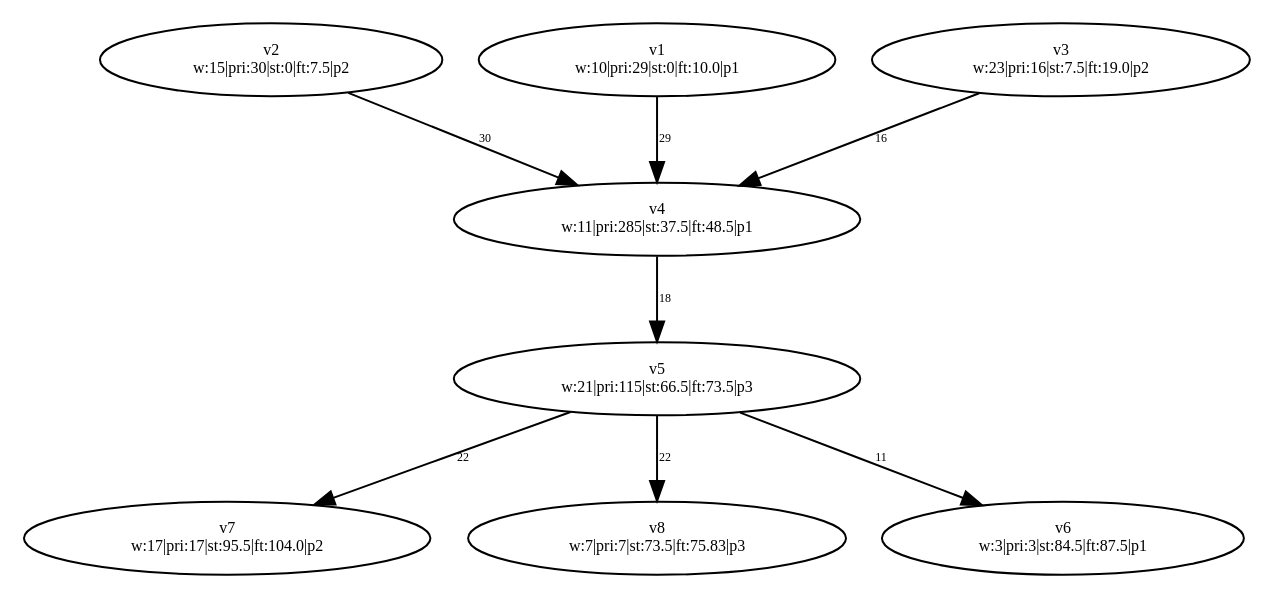
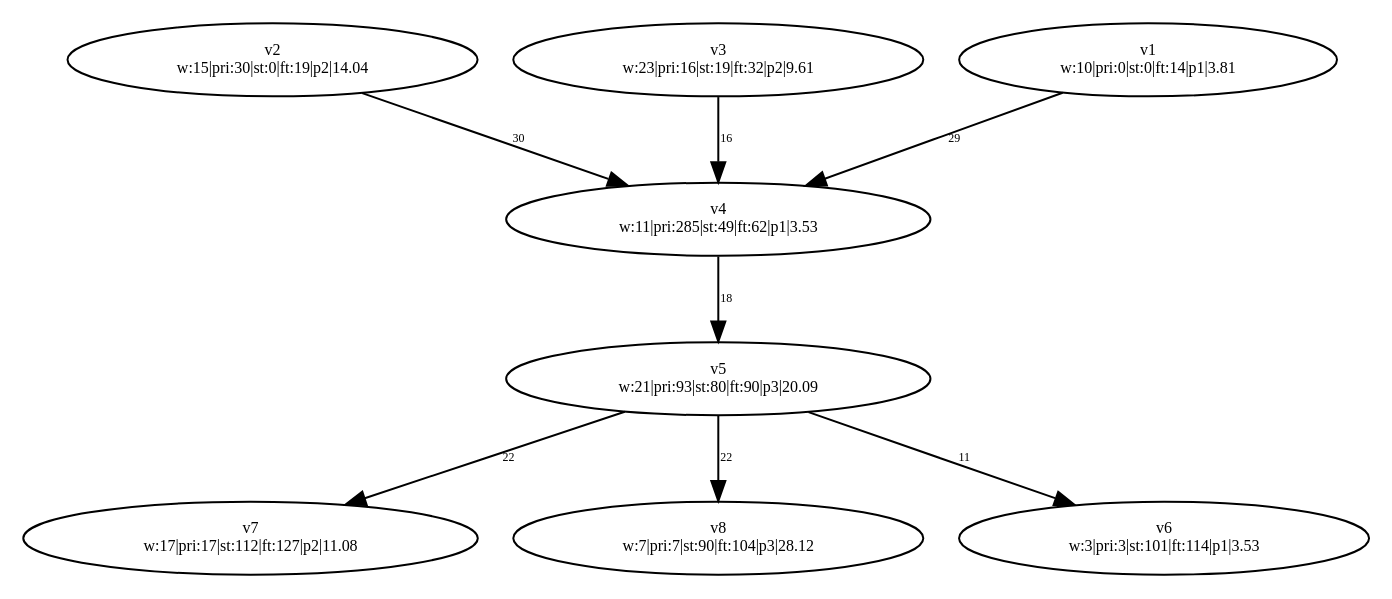
One commit to dexters1/Task-Scheduling-Based-on-Genetic-Algorithms changed the diagram in PythonApplication1/PythonApplication1/test-output/slika_3.gv. Above: the diagram before and after it, drawn with Graphviz. The commit also changed 36 other files, not shown here.

```diff
--- a/PythonApplication1/PythonApplication1/test-output/slika_3.gv
+++ b/PythonApplication1/PythonApplication1/test-output/slika_3.gv
@@ -1,25 +1,25 @@
 digraph {
 	v2 [label="v2
-w:15|pri:30|st:0|ft:7.5|p2" fontsize=8.0]
+w:15|pri:30|st:0|ft:19|p2|14.04" fontsize=8.0]
+	v3 [label="v3
+w:23|pri:16|st:19|ft:32|p2|9.61" fontsize=8.0]
 	v1 [label="v1
-w:10|pri:29|st:0|ft:10.0|p1" fontsize=8.0]
-	v3 [label="v3
-w:23|pri:16|st:7.5|ft:19.0|p2" fontsize=8.0]
+w:10|pri:0|st:0|ft:14|p1|3.81" fontsize=8.0]
 	v4 [label="v4
-w:11|pri:285|st:37.5|ft:48.5|p1" fontsize=8.0]
+w:11|pri:285|st:49|ft:62|p1|3.53" fontsize=8.0]
 	v5 [label="v5
-w:21|pri:115|st:66.5|ft:73.5|p3" fontsize=8.0]
+w:21|pri:93|st:80|ft:90|p3|20.09" fontsize=8.0]
 	v7 [label="v7
-w:17|pri:17|st:95.5|ft:104.0|p2" fontsize=8.0]
+w:17|pri:17|st:112|ft:127|p2|11.08" fontsize=8.0]
 	v8 [label="v8
-w:7|pri:7|st:73.5|ft:75.83|p3" fontsize=8.0]
+w:7|pri:7|st:90|ft:104|p3|28.12" fontsize=8.0]
 	v6 [label="v6
-w:3|pri:3|st:84.5|ft:87.5|p1" fontsize=8.0]
+w:3|pri:3|st:101|ft:114|p1|3.53" fontsize=8.0]
 	v1 -> v4 [label=29 constraint=true fontsize=6.0]
 	v2 -> v4 [label=30 constraint=true fontsize=6.0]
 	v3 -> v4 [label=16 constraint=true fontsize=6.0]
 	v4 -> v5 [label=18 constraint=true fontsize=6.0]
 	v5 -> v6 [label=11 constraint=true fontsize=6.0]
 	v5 -> v7 [label=22 constraint=true fontsize=6.0]
 	v5 -> v8 [label=22 constraint=true fontsize=6.0]
 }
```
